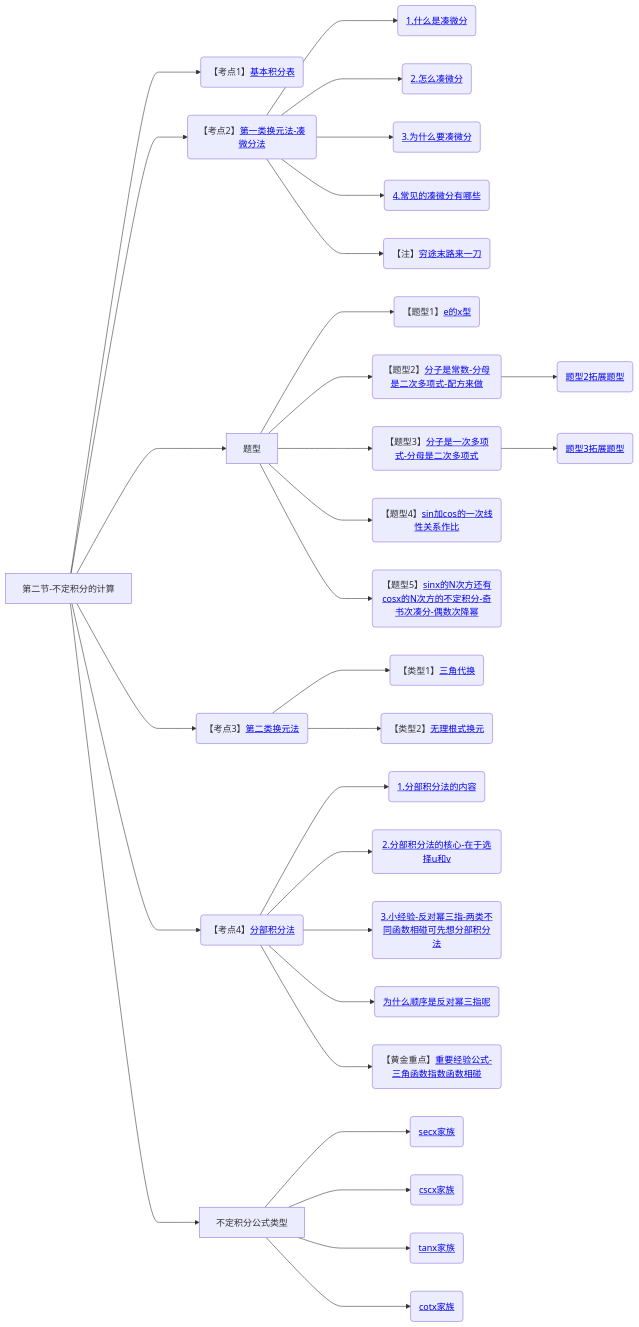
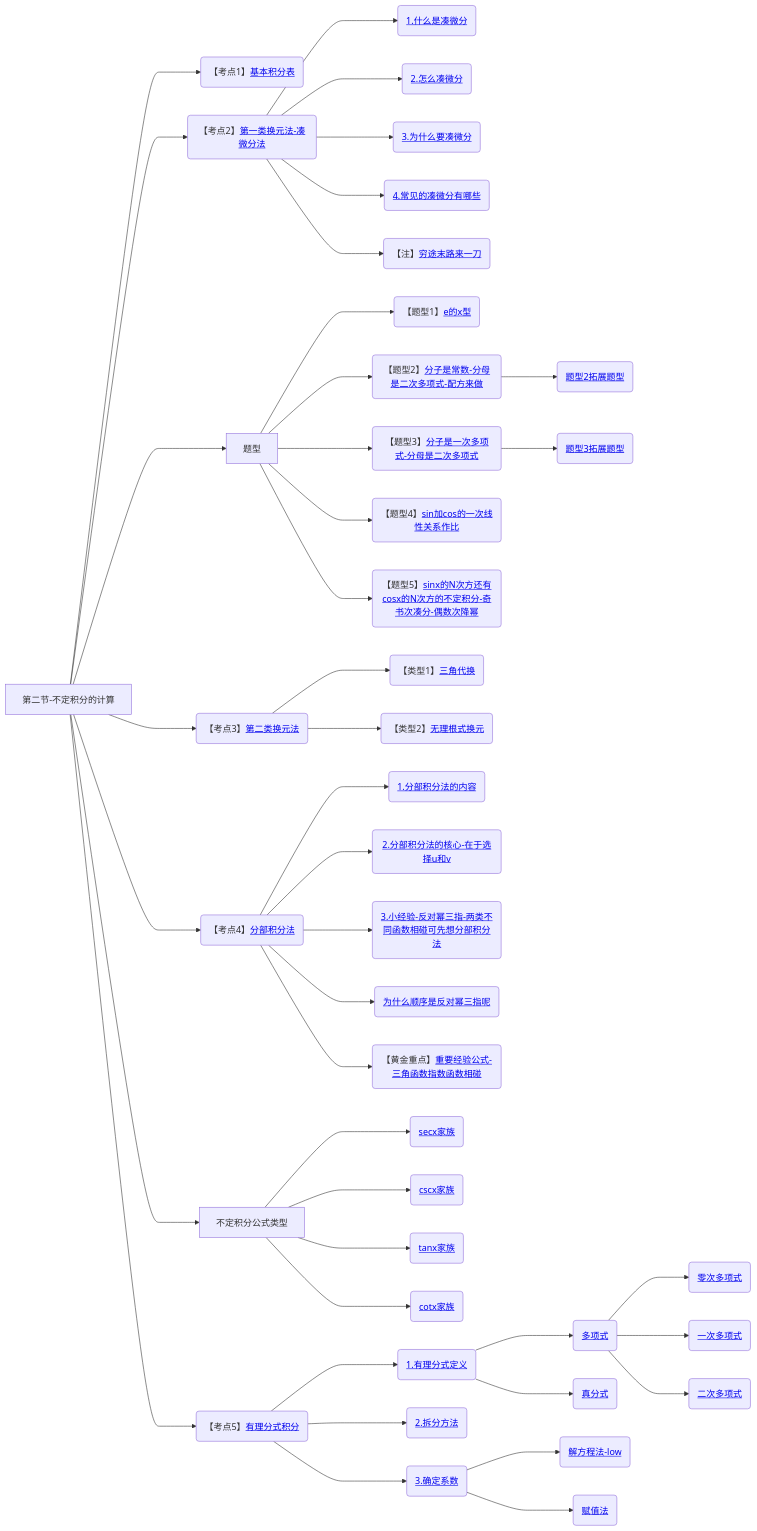
Before and after one commit to yuebinghui/note: diagram 18 of 18 in 笔记/数学/周洋鑫/01.基础班思维导图.md, drawn with Mermaid. The commit also changed 2 other files, not shown here.

Commit message:
Tue Dec 17 08:00:01 CST 2024

````diff
--- a/笔记/数学/周洋鑫/01.基础班思维导图.md
+++ b/笔记/数学/周洋鑫/01.基础班思维导图.md
@@ -625,39 +625,51 @@
 ```mermaid
 graph LR
 第二节-不定积分的计算
 
 第二节-不定积分的计算--->基本积分表(【考点1】<a href="/Users/yuebinghui/Documents/program/github/note/笔记/数学/周洋鑫/基础班/18.不定积分_1.md#基本积分表">基本积分表</>)
 
 第二节-不定积分的计算--->第一类换元法-凑微分法(【考点2】<a href="/Users/yuebinghui/Documents/program/github/note/笔记/数学/周洋鑫/基础班/18.不定积分_1.md#第一类换元法-凑微分法">第一类换元法-凑微分法</>)
 第一类换元法-凑微分法--->1.什么是凑微分(<a href="/Users/yuebinghui/Documents/program/github/note/笔记/数学/周洋鑫/基础班/18.不定积分_1.md#1.什么是凑微分">1.什么是凑微分</>)
 第一类换元法-凑微分法--->2.怎么凑微分(<a href="/Users/yuebinghui/Documents/program/github/note/笔记/数学/周洋鑫/基础班/18.不定积分_1.md#2.怎么凑微分">2.怎么凑微分</>)
 第一类换元法-凑微分法--->3.为什么要凑微分(<a href="/Users/yuebinghui/Documents/program/github/note/笔记/数学/周洋鑫/基础班/18.不定积分_1.md#3.为什么要凑微分">3.为什么要凑微分</>)
 第一类换元法-凑微分法--->4.常见的凑微分有哪些(<a href="/Users/yuebinghui/Documents/program/github/note/笔记/数学/周洋鑫/基础班/18.不定积分_1.md#4.常见的凑微分有哪些">4.常见的凑微分有哪些</>)
 第一类换元法-凑微分法--->穷途末路来一刀(【注】<a href="/Users/yuebinghui/Documents/program/github/note/笔记/数学/周洋鑫/基础班/18.不定积分_1.md#穷途末路来一刀">穷途末路来一刀</>)
 
 第二节-不定积分的计算--->题型
 题型--->e的x型(【题型1】<a href="/Users/yuebinghui/Documents/program/github/note/笔记/数学/周洋鑫/基础班/18.不定积分_1.md#e的x型">e的x型</>)
 题型--->分子是常数-分母是二次多项式-配方来做(【题型2】<a href="/Users/yuebinghui/Documents/program/github/note/笔记/数学/周洋鑫/基础班/19.不定积分_2.md#分子是常数-分母是二次多项式-配方来做">分子是常数-分母是二次多项式-配方来做</>)
 分子是常数-分母是二次多项式-配方来做--->题型2拓展题型(<a href="/Users/yuebinghui/Documents/program/github/note/笔记/数学/周洋鑫/基础班/19.不定积分_2.md#题型2拓展题型">题型2拓展题型</>)
 题型--->分子是一次多项式-分母是二次多项式(【题型3】<a href="/Users/yuebinghui/Documents/program/github/note/笔记/数学/周洋鑫/基础班/19.不定积分_2.md#分子是一次多项式-分母是二次多项式">分子是一次多项式-分母是二次多项式</>)
 分子是一次多项式-分母是二次多项式--->题型3拓展题型(<a href="/Users/yuebinghui/Documents/program/github/note/笔记/数学/周洋鑫/基础班/19.不定积分_2.md#题型3拓展题型">题型3拓展题型</>)
 题型--->sin加cos的一次线性关系作比(【题型4】<a href="/Users/yuebinghui/Documents/program/github/note/笔记/数学/周洋鑫/基础班/19.不定积分_2.md#sin加cos的一次线性关系作比">sin加cos的一次线性关系作比</>)
 题型--->sinx的N次方还有cosx的N次方的不定积分-奇书次凑分-偶数次降幂(【题型5】<a href="/Users/yuebinghui/Documents/program/github/note/笔记/数学/周洋鑫/基础班/19.不定积分_2.md#sinx的N次方还有cosx的N次方的不定积分-奇书次凑分-偶数次降幂">sinx的N次方还有cosx的N次方的不定积分-奇书次凑分-偶数次降幂</>)
 
 第二节-不定积分的计算--->第二类换元法(【考点3】<a href="/Users/yuebinghui/Documents/program/github/note/笔记/数学/周洋鑫/基础班/19.不定积分_2.md#第二类换元法">第二类换元法</>)
 第二类换元法--->三角代换(【类型1】<a href="/Users/yuebinghui/Documents/program/github/note/笔记/数学/周洋鑫/基础班/19.不定积分_2.md#三角代换">三角代换</>)
 第二类换元法--->无理根式换元(【类型2】<a href="/Users/yuebinghui/Documents/program/github/note/笔记/数学/周洋鑫/基础班/19.不定积分_2.md#无理根式换元">无理根式换元</>)
 
 第二节-不定积分的计算--->分部积分法(【考点4】<a href="/Users/yuebinghui/Documents/program/github/note/笔记/数学/周洋鑫/基础班/19.不定积分_2.md#分部积分法">分部积分法</>)
 分部积分法--->1.分部积分法的内容(<a href="/Users/yuebinghui/Documents/program/github/note/笔记/数学/周洋鑫/基础班/19.不定积分_2.md#1.分部积分法的内容">1.分部积分法的内容</>)
 分部积分法--->2.分部积分法的核心-在于选择u和v(<a href="/Users/yuebinghui/Documents/program/github/note/笔记/数学/周洋鑫/基础班/19.不定积分_2.md#2.分部积分法的核心-在于选择u和v">2.分部积分法的核心-在于选择u和v</>)
 分部积分法--->3.小经验-反对幂三指-两类不同函数相碰可先想分部积分法(<a href="/Users/yuebinghui/Documents/program/github/note/笔记/数学/周洋鑫/基础班/19.不定积分_2.md#3.小经验-反对幂三指-两类不同函数相碰可先想分部积分法">3.小经验-反对幂三指-两类不同函数相碰可先想分部积分法</>)
 分部积分法--->为什么顺序是反对幂三指呢(<a href="/Users/yuebinghui/Documents/program/github/note/笔记/数学/周洋鑫/基础班/19.不定积分_2.md#为什么顺序是反对幂三指呢">为什么顺序是反对幂三指呢</>)
 分部积分法--->重要经验公式-三角函数指数函数相碰(【黄金重点】<a href="/Users/yuebinghui/Documents/program/github/note/笔记/数学/周洋鑫/基础班/19.不定积分_2.md#重要经验公式-三角函数指数函数相碰">重要经验公式-三角函数指数函数相碰</>)
 
 第二节-不定积分的计算--->不定积分公式类型
 不定积分公式类型--->secx家族(<a href="/Users/yuebinghui/Documents/program/github/note/笔记/数学/周洋鑫/基础班/20.不定积分_3.md#secx家族">secx家族</>)
 不定积分公式类型--->cscx家族(<a href="/Users/yuebinghui/Documents/program/github/note/笔记/数学/周洋鑫/基础班/20.不定积分_3.md#cscx家族">cscx家族</>)
 不定积分公式类型--->tanx家族(<a href="/Users/yuebinghui/Documents/program/github/note/笔记/数学/周洋鑫/基础班/20.不定积分_3.md#tanx家族">tanx家族</>)
 不定积分公式类型--->cotx家族(<a href="/Users/yuebinghui/Documents/program/github/note/笔记/数学/周洋鑫/基础班/20.不定积分_3.md#cotx家族">cotx家族</>)
+
+第二节-不定积分的计算--->有理分式积分(【考点5】<a href="/Users/yuebinghui/Documents/program/github/note/笔记/数学/周洋鑫/基础班/20.不定积分_3.md#有理分式积分">有理分式积分</>)
+有理分式积分--->1.有理分式定义(<a href="/Users/yuebinghui/Documents/program/github/note/笔记/数学/周洋鑫/基础班/20.不定积分_3.md#1.有理分式定义">1.有理分式定义</>)
+1.有理分式定义--->多项式(<a href="/Users/yuebinghui/Documents/program/github/note/笔记/数学/周洋鑫/基础班/20.不定积分_3.md#多项式">多项式</>)
+多项式--->零次多项式(<a href="/Users/yuebinghui/Documents/program/github/note/笔记/数学/周洋鑫/基础班/20.不定积分_3.md#零次多项式">零次多项式</>)
+多项式--->一次多项式(<a href="/Users/yuebinghui/Documents/program/github/note/笔记/数学/周洋鑫/基础班/20.不定积分_3.md#一次多项式">一次多项式</>)
+多项式--->二次多项式(<a href="/Users/yuebinghui/Documents/program/github/note/笔记/数学/周洋鑫/基础班/20.不定积分_3.md#二次多项式">二次多项式</>)
+1.有理分式定义--->真分式(<a href="/Users/yuebinghui/Documents/program/github/note/笔记/数学/周洋鑫/基础班/20.不定积分_3.md#真分式">真分式</>)
+有理分式积分--->2.拆分方法(<a href="/Users/yuebinghui/Documents/program/github/note/笔记/数学/周洋鑫/基础班/20.不定积分_3.md#2.拆分方法">2.拆分方法</>)
+有理分式积分--->3.确定系数(<a href="/Users/yuebinghui/Documents/program/github/note/笔记/数学/周洋鑫/基础班/20.不定积分_3.md#3.确定系数">3.确定系数</>)
+3.确定系数--->解方程法-low(<a href="/Users/yuebinghui/Documents/program/github/note/笔记/数学/周洋鑫/基础班/20.不定积分_3.md#解方程法-low">解方程法-low</>)
+3.确定系数--->赋值法(<a href="/Users/yuebinghui/Documents/program/github/note/笔记/数学/周洋鑫/基础班/20.不定积分_3.md#赋值法">赋值法</>)
 ```
````
